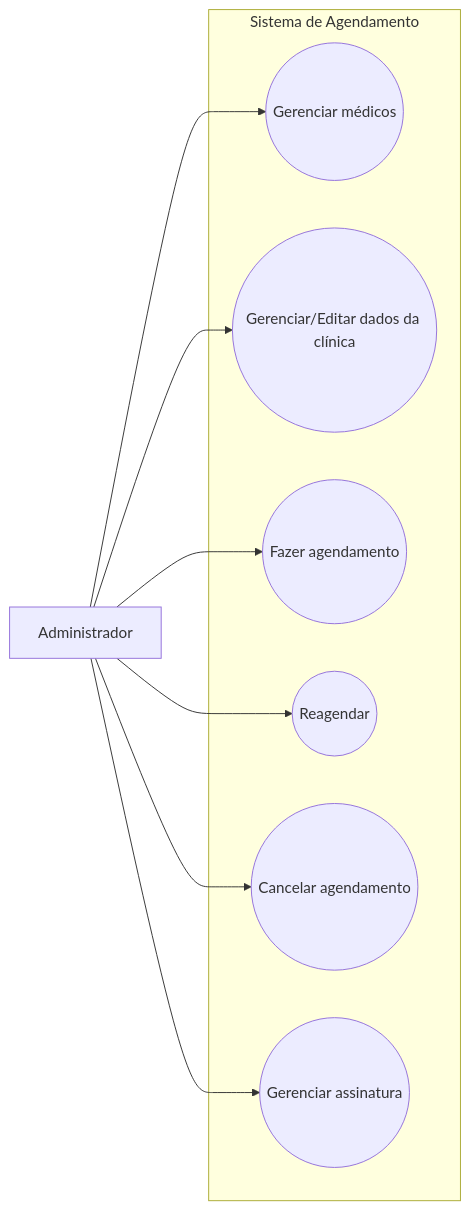
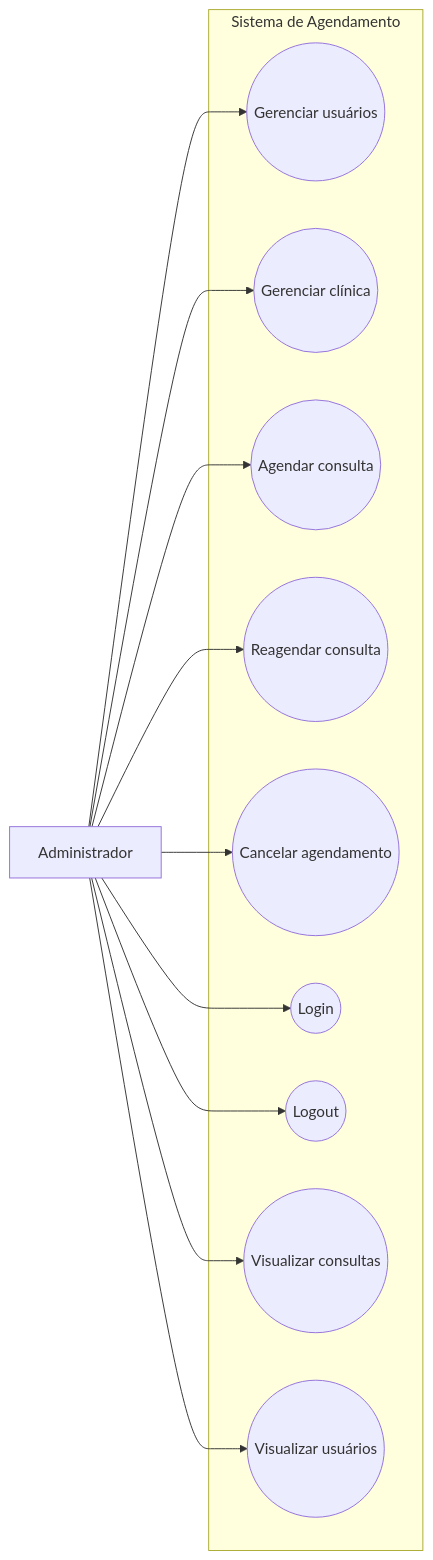
The diagram in docs/casos de uso/administrador.md (InsaneCaio/SICA), drawn with Mermaid before and after one commit. The commit also changed other lines of this file, not shown here.

Commit message:
Update use cases for administrator in documentation

````diff
--- a/docs/casos de uso/administrador.md
+++ b/docs/casos de uso/administrador.md
@@ -14,21 +17,27 @@
 ```mermaid
 flowchart LR
     A[Administrador]
 
     subgraph Sistema de Agendamento
-        UC1((Gerenciar médicos))
-        UC2((Gerenciar/Editar dados da clínica))
-        UC3((Fazer agendamento))
-        UC4((Reagendar))
+        UC1((Gerenciar usuários))
+        UC2((Gerenciar clínica))
+        UC3((Agendar consulta))
+        UC4((Reagendar consulta))
         UC5((Cancelar agendamento))
-        UC6((Gerenciar assinatura))
+        UC6((Login))
+        UC7((Logout))
+        UC8((Visualizar consultas))
+        UC9((Visualizar usuários))
     end
 
     A --> UC1
     A --> UC2
     A --> UC3
     A --> UC4
     A --> UC5
     A --> UC6
+    A --> UC7
+    A --> UC8
+    A --> UC9
 
 ```
````
